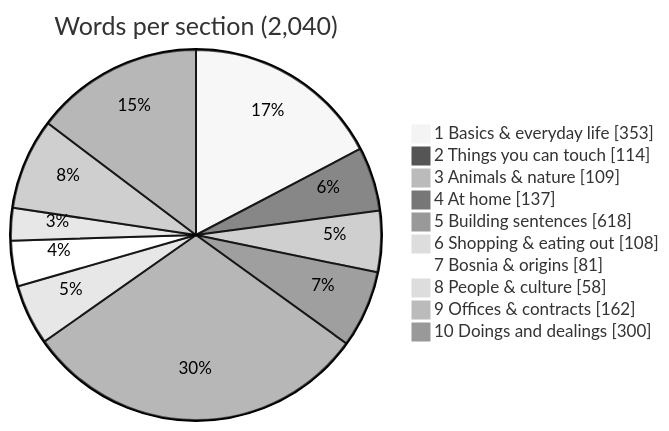
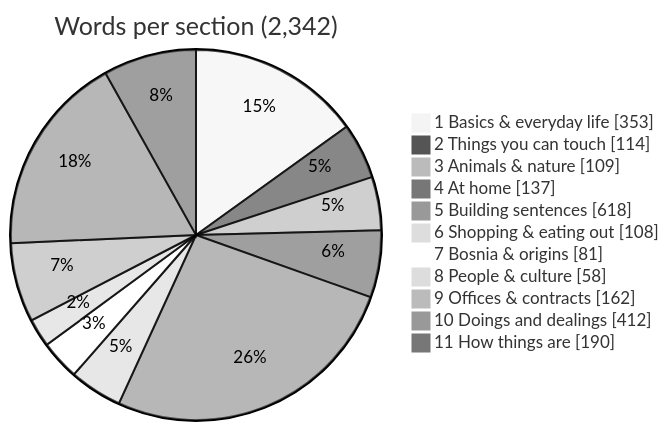
The first of 2 diagrams in data/DATASHEET.md (zmaj-lernapp/zmaj), drawn with Mermaid (neutral theme) before and after one commit. The commit also changed other lines of this file and 50 other files, not shown here.

````diff
--- a/data/DATASHEET.md
+++ b/data/DATASHEET.md
@@ -24,13 +24,14 @@
 ```mermaid
-pie showData title Words per section (2,040)
+pie showData title Words per section (2,342)
   "1 Basics & everyday life" : 353
   "2 Things you can touch" : 114
   "3 Animals & nature" : 109
   "4 At home" : 137
   "5 Building sentences" : 618
   "6 Shopping & eating out" : 108
   "7 Bosnia & origins" : 81
   "8 People & culture" : 58
   "9 Offices & contracts" : 162
-  "10 Doings and dealings" : 300
+  "10 Doings and dealings" : 412
+  "11 How things are" : 190
 ```
````
